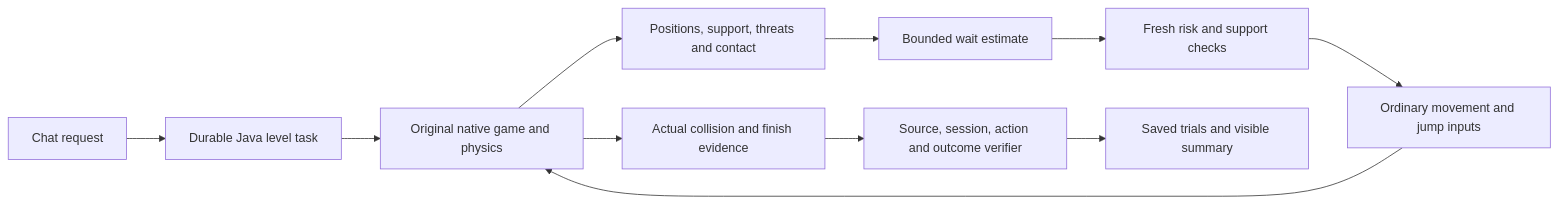
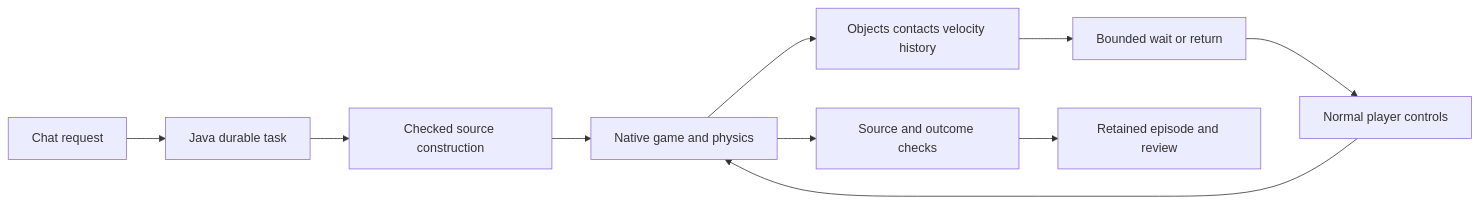
One commit to eyeoverthink/Fraynix-Agent-Workspace changed the diagram in README.md. Above: the diagram before and after it, drawn with Mermaid. The commit also changed other lines of this file and 937 other files, not shown here.

Commit message:
Document edition 121 enemy reversals and measured pickup return value and retained verification with actual evidence

````diff
--- a/README.md
+++ b/README.md
@@ -51,13 +162,12 @@
 ```mermaid
 flowchart LR
-    Request[Chat request] --> Task[Durable Java level task]
-    Task --> Native[Original native game and physics]
-    Native --> Observe[Positions, support, threats and contact]
-    Observe --> Estimate[Bounded wait estimate]
-    Estimate --> Guard[Fresh risk and support checks]
-    Guard --> Input[Ordinary movement and jump inputs]
-    Input --> Native
-    Native --> Outcome[Actual collision and finish evidence]
-    Outcome --> Verify[Source, session, action and outcome verifier]
-    Verify --> History[Saved trials and visible summary]
+ Chat[Chat request] --> Task[Java durable task]
+ Task --> Source[Checked source construction]
+ Source --> Runtime[Native game and physics]
+ Runtime --> Observe[Objects contacts velocity history]
+ Observe --> Policy[Bounded wait or return]
+ Policy --> Input[Normal player controls]
+ Input --> Runtime
+ Runtime --> Verify[Source and outcome checks]
+ Verify --> History[Retained episode and review]
 ```
````
